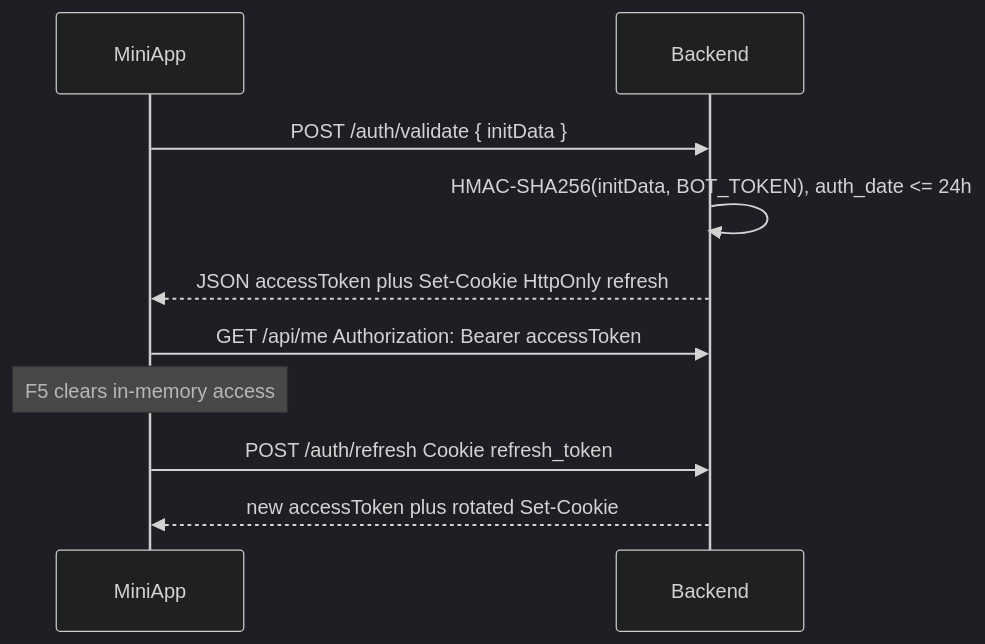
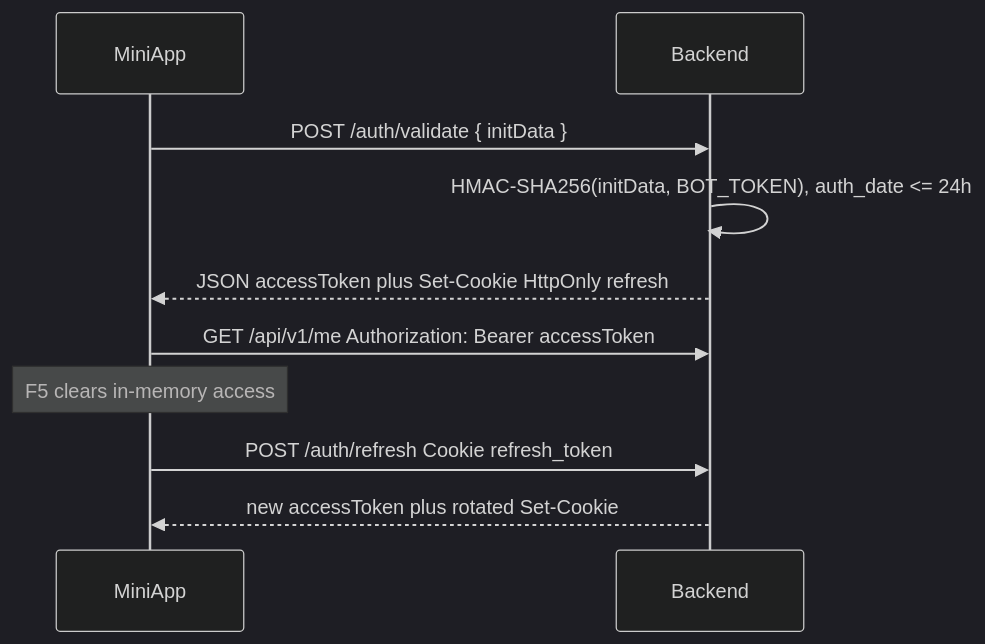
Before and after one commit to Calrission/melist: the diagram in docs/backend/api.md, drawn with Mermaid (dark theme). The commit also changed other lines of this file and 96 other files, not shown here.

````diff
--- a/docs/backend/api.md
+++ b/docs/backend/api.md
@@ -20,12 +20,12 @@
 ```mermaid
 sequenceDiagram
   participant App as MiniApp
   participant Api as Backend
   App->>Api: POST /auth/validate { initData }
   Api->>Api: HMAC-SHA256(initData, BOT_TOKEN), auth_date <= 24h
   Api-->>App: JSON accessToken plus Set-Cookie HttpOnly refresh
-  App->>Api: GET /api/me  Authorization: Bearer accessToken
+  App->>Api: GET /api/v1/me  Authorization: Bearer accessToken
   Note over App: F5 clears in-memory access
   App->>Api: POST /auth/refresh Cookie refresh_token
   Api-->>App: new accessToken plus rotated Set-Cookie
 ```
````
